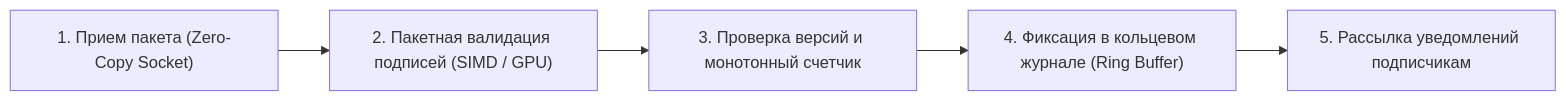
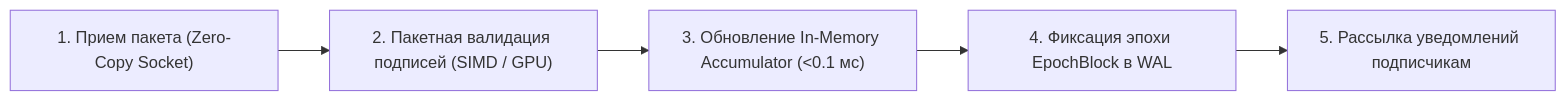
One commit to Data-Independence-Network/presentations changed the third of 4 diagrams in shared_docs/whitepapers/03_engineering_architecture_whitepaper.md. Above: the diagram before and after it, drawn with Mermaid. The commit also changed other lines of this file and 9 other files, not shown here.

````diff
--- a/shared_docs/whitepapers/03_engineering_architecture_whitepaper.md
+++ b/shared_docs/whitepapers/03_engineering_architecture_whitepaper.md
@@ -135,7 +139,7 @@
 ```mermaid
 graph LR
     P1["1. Прием пакета (Zero-Copy Socket)"] --> P2["2. Пакетная валидация подписей (SIMD / GPU)"]
-    P2 --> P3["3. Проверка версий и монотонный счетчик"]
-    P3 --> P4["4. Фиксация в кольцевом журнале (Ring Buffer)"]
+    P2 --> P3["3. Обновление In-Memory Accumulator (<0.1 мс)"]
+    P3 --> P4["4. Фиксация эпохи EpochBlock в WAL"]
     P4 --> P5["5. Рассылка уведомлений подписчикам"]
 ```
````
